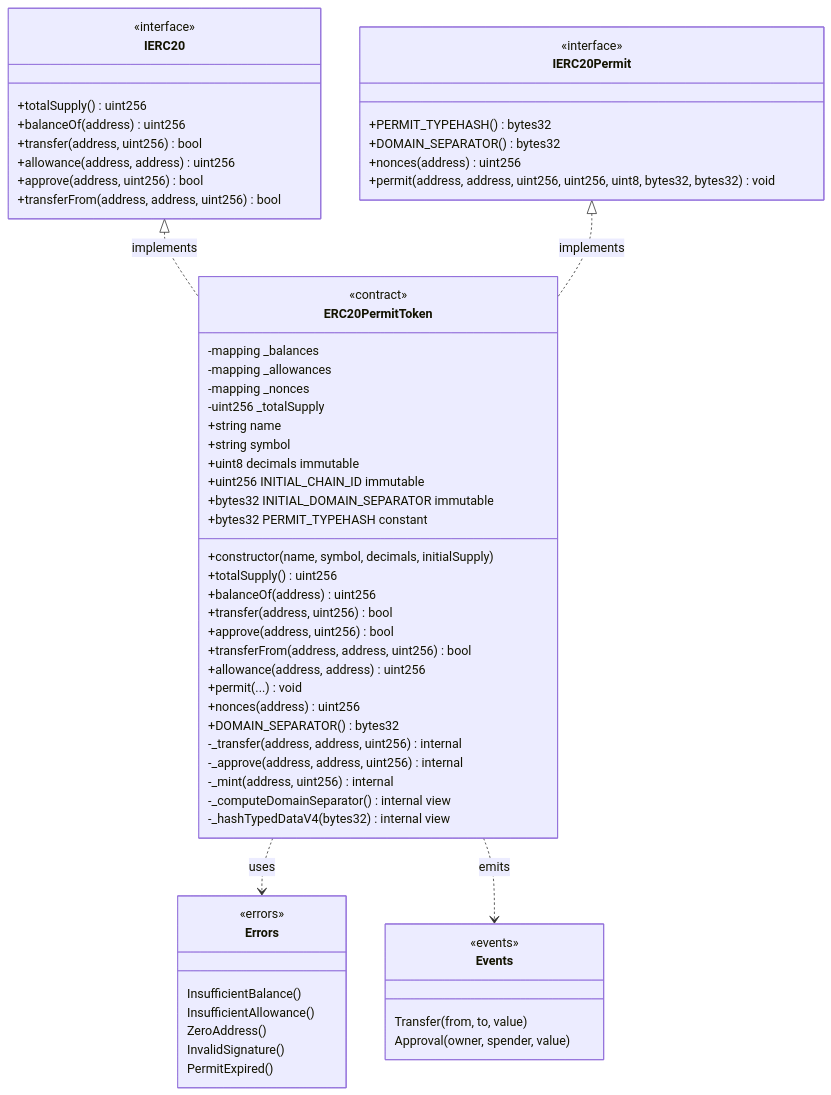
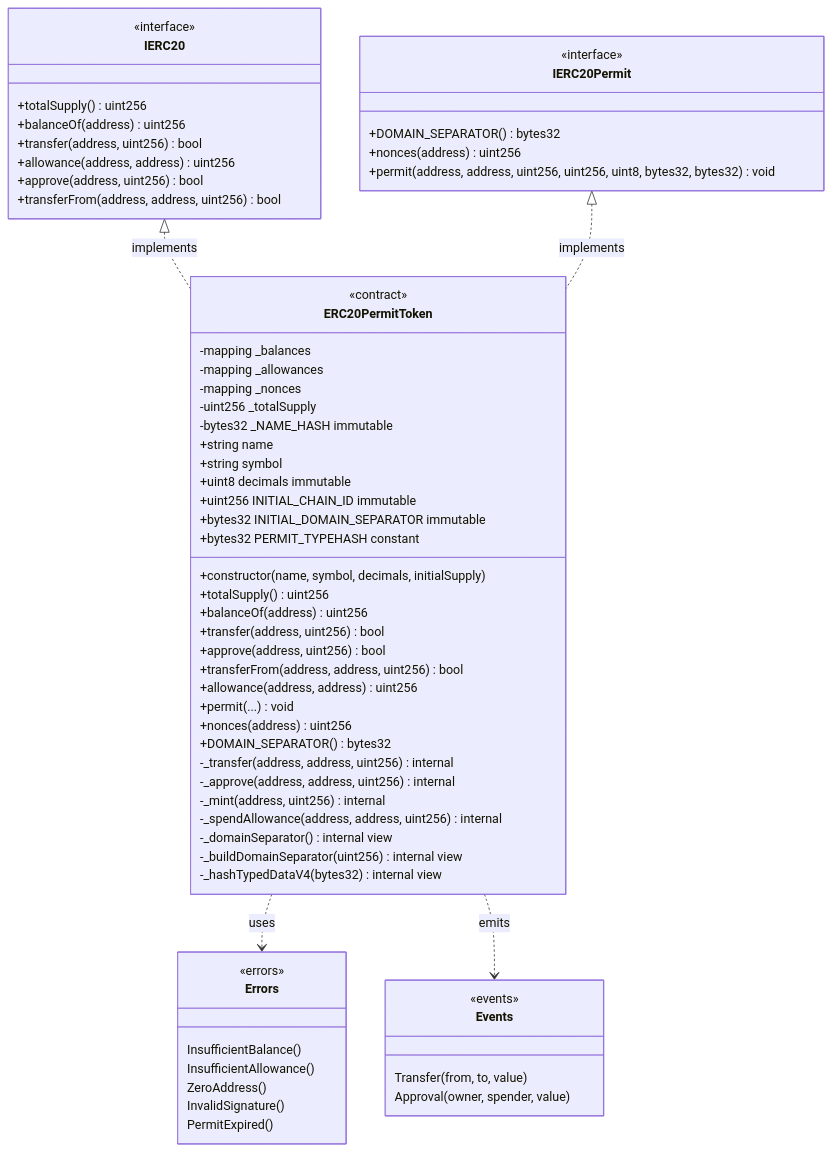
One commit to rastrahm/erc-20 changed the first of 2 diagrams in doc/diagrama-de-clases.md. Above: the diagram before and after it, drawn with Mermaid. The commit also changed other lines of this file and 7 other files, not shown here.

````diff
--- a/doc/diagrama-de-clases.md
+++ b/doc/diagrama-de-clases.md
@@ -5,71 +5,73 @@
 ```mermaid
 classDiagram
     direction TB
 
     class IERC20 {
         <<interface>>
         +totalSupply() uint256
         +balanceOf(address) uint256
         +transfer(address, uint256) bool
         +allowance(address, address) uint256
         +approve(address, uint256) bool
         +transferFrom(address, address, uint256) bool
     }
 
     class IERC20Permit {
         <<interface>>
-        +PERMIT_TYPEHASH() bytes32
         +DOMAIN_SEPARATOR() bytes32
         +nonces(address) uint256
         +permit(address, address, uint256, uint256, uint8, bytes32, bytes32) void
     }
 
     class ERC20PermitToken {
         <<contract>>
         -mapping _balances
         -mapping _allowances
         -mapping _nonces
         -uint256 _totalSupply
+        -bytes32 _NAME_HASH immutable
         +string name
         +string symbol
         +uint8 decimals immutable
         +uint256 INITIAL_CHAIN_ID immutable
         +bytes32 INITIAL_DOMAIN_SEPARATOR immutable
         +bytes32 PERMIT_TYPEHASH constant
         +constructor(name, symbol, decimals, initialSupply)
         +totalSupply() uint256
         +balanceOf(address) uint256
         +transfer(address, uint256) bool
         +approve(address, uint256) bool
         +transferFrom(address, address, uint256) bool
         +allowance(address, address) uint256
         +permit(...) void
         +nonces(address) uint256
         +DOMAIN_SEPARATOR() bytes32
         -_transfer(address, address, uint256) internal
         -_approve(address, address, uint256) internal
         -_mint(address, uint256) internal
-        -_computeDomainSeparator() internal view
+        -_spendAllowance(address, address, uint256) internal
+        -_domainSeparator() internal view
+        -_buildDomainSeparator(uint256) internal view
         -_hashTypedDataV4(bytes32) internal view
     }
 
     class Errors {
         <<errors>>
         InsufficientBalance()
         InsufficientAllowance()
         ZeroAddress()
         InvalidSignature()
         PermitExpired()
     }
 
     class Events {
         <<events>>
         Transfer(from, to, value)
         Approval(owner, spender, value)
     }
 
     IERC20 <|.. ERC20PermitToken : implements
     IERC20Permit <|.. ERC20PermitToken : implements
     ERC20PermitToken ..> Errors : uses
     ERC20PermitToken ..> Events : emits
 ```
````
